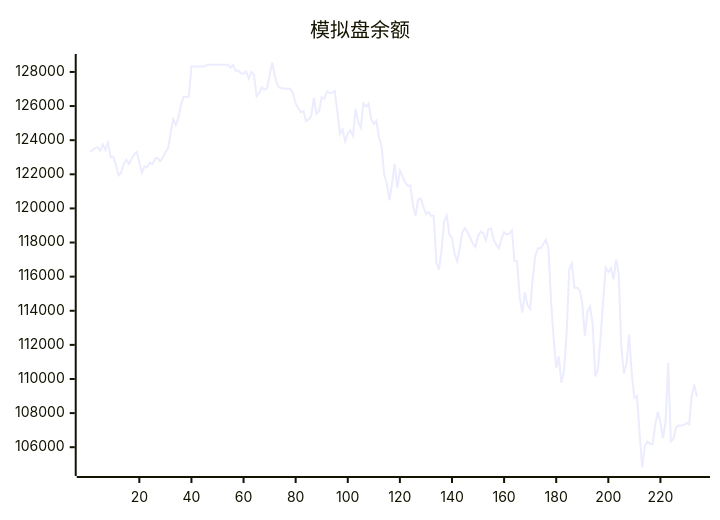
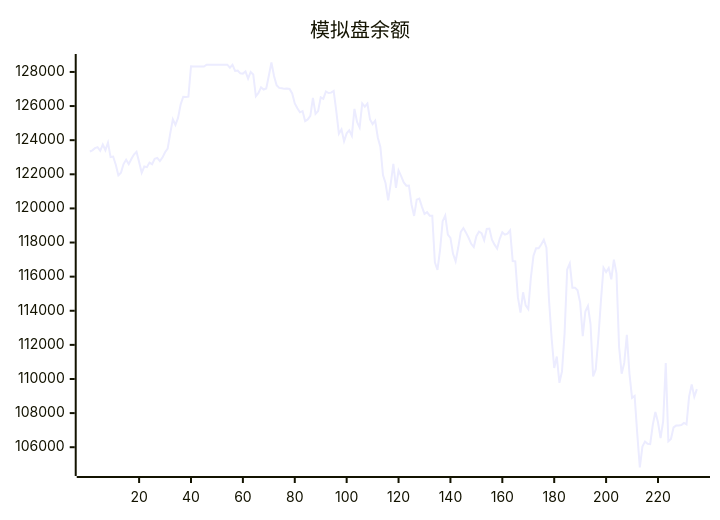
Before and after one commit to aahl/ai-trading: the diagram in README.md, drawn with Mermaid. The commit also changed other lines of this file and 1 other file, not shown here.

````diff
--- a/README.md
+++ b/README.md
@@ -5,5 +5,5 @@
 ```mermaid
 xychart
     title "模拟盘余额"
-    line [123338,123402,123530,123592,123378,123745,123413,123853,123009,123040,122557,121938,122095,122599,122856,122597,122898,123160,123319,122719,122087,122454,122416,122685,122592,122907,122961,122776,122981,123295,123507,124403,125224,124894,125303,126088,126544,126534,126549,128335,128318,128318,128318,128318,128318,128424,128424,128424,128424,128424,128424,128424,128424,128424,128247,128412,128062,128087,127917,127901,128026,127611,128000,127850,126572,126770,127100,126971,127029,127783,128554,127765,127224,127064,127044,127009,127025,127004,126738,126152,125871,125635,125707,125117,125217,125420,126480,125545,125715,126511,126424,126856,126764,126788,126890,125710,124381,124632,123936,124402,124574,124256,125833,125070,124739,126154,125966,126145,125213,124943,125143,124157,123604,121959,121476,120476,121470,122610,121201,122221,121889,121522,121332,121344,120232,119559,120513,120577,120108,119680,119777,119572,119568,116839,116392,117573,119250,119585,118469,118277,117338,116897,117706,118628,118849,118579,118280,117926,117735,118373,118639,118544,118136,118798,118819,118162,117874,117649,118215,118601,118463,118517,118713,116911,116899,114798,113887,115084,114313,114091,115934,117221,117658,117658,117883,118164,117693,114632,112403,110644,111313,109777,110444,112673,116419,116772,115355,115355,115198,114476,112510,113954,114276,113223,110151,110561,112361,114562,116522,116265,116500,115845,117000,116199,111887,110306,110942,112588,110318,108891,109011,106814,104811,106038,106327,106201,106180,107315,108068,107463,106528,107530,110941,106346,106482,107161,107268,107270,107302,107426,107340,108985,109681,108962]
+    line [123338,123402,123530,123592,123378,123745,123413,123853,123009,123040,122557,121938,122095,122599,122856,122597,122898,123160,123319,122719,122087,122454,122416,122685,122592,122907,122961,122776,122981,123295,123507,124403,125224,124894,125303,126088,126544,126534,126549,128335,128318,128318,128318,128318,128318,128424,128424,128424,128424,128424,128424,128424,128424,128424,128247,128412,128062,128087,127917,127901,128026,127611,128000,127850,126572,126770,127100,126971,127029,127783,128554,127765,127224,127064,127044,127009,127025,127004,126738,126152,125871,125635,125707,125117,125217,125420,126480,125545,125715,126511,126424,126856,126764,126788,126890,125710,124381,124632,123936,124402,124574,124256,125833,125070,124739,126154,125966,126145,125213,124943,125143,124157,123604,121959,121476,120476,121470,122610,121201,122221,121889,121522,121332,121344,120232,119559,120513,120577,120108,119680,119777,119572,119568,116839,116392,117573,119250,119585,118469,118277,117338,116897,117706,118628,118849,118579,118280,117926,117735,118373,118639,118544,118136,118798,118819,118162,117874,117649,118215,118601,118463,118517,118713,116911,116899,114798,113887,115084,114313,114091,115934,117221,117658,117658,117883,118164,117693,114632,112403,110644,111313,109777,110444,112673,116419,116772,115355,115355,115198,114476,112510,113954,114276,113223,110151,110561,112361,114562,116522,116265,116500,115845,117000,116199,111887,110306,110942,112588,110318,108891,109011,106814,104811,106038,106327,106201,106180,107315,108068,107463,106528,107530,110941,106346,106482,107161,107268,107270,107302,107426,107340,108985,109681,108962,109404]
 ```
````
